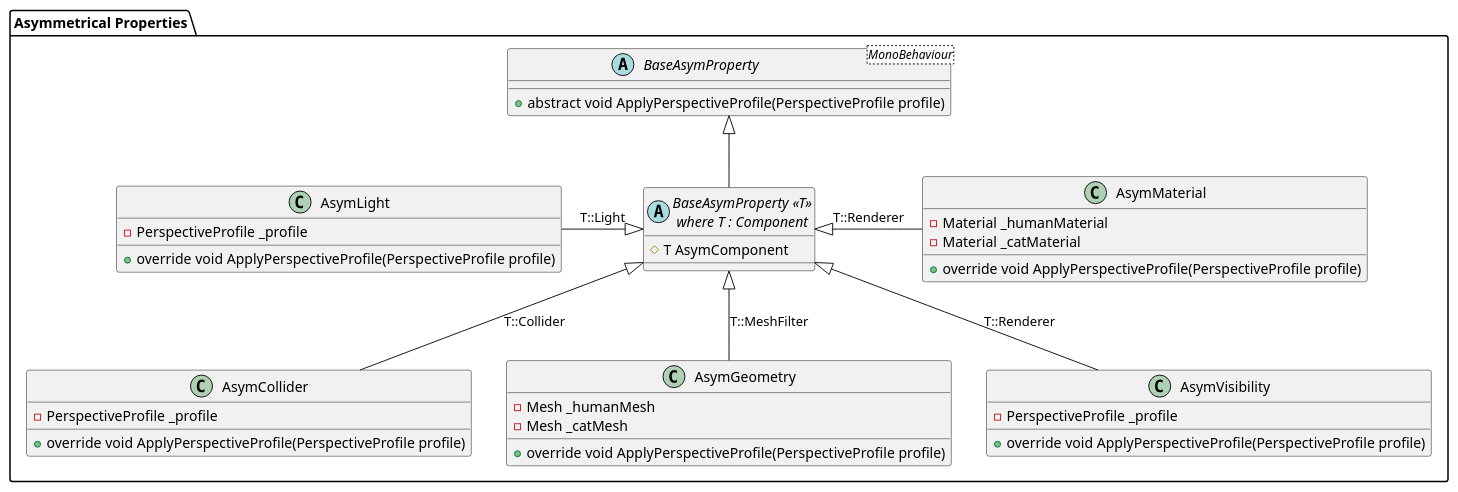
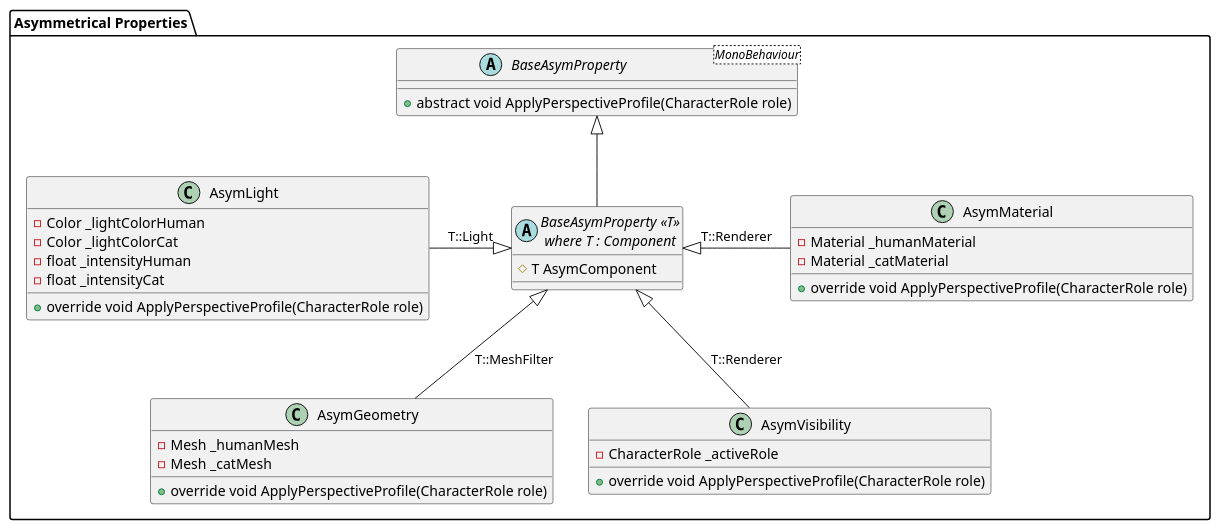
The diagram in Diagrams/Asymmetrical Perspective/AsymmetricalPropertyCD.puml (Bachelor-Parallax/Parallax), drawn with PlantUML before and after one commit. The commit also changed 2 other files, not shown here.

Commit message:
updated diagrams

```diff
--- a/Diagrams/Asymmetrical Perspective/AsymmetricalPropertyCD.puml
+++ b/Diagrams/Asymmetrical Perspective/AsymmetricalPropertyCD.puml
@@ -1,57 +1,54 @@
 @startuml asymmetrical property CD
 package "Asymmetrical Properties" {
+
     ' Base class for all asymmetrical properties
     abstract class "BaseAsymProperty<MonoBehaviour>" as base
     {
-        + abstract void ApplyPerspectiveProfile(PerspectiveProfile profile)
+        + abstract void ApplyPerspectiveProfile(CharacterRole role)
     }
 
     abstract class "BaseAsymProperty <<T>>\nwhere T : Component" as baseT
     {
         # T AsymComponent
     }
 
 
     ' concrete implementations of asymmetrical properties
-    class AsymCollider
-    {
-        - PerspectiveProfile _profile
-        + override void ApplyPerspectiveProfile(PerspectiveProfile profile)
-    }
-
     class AsymGeometry 
     {
         - Mesh _humanMesh
         - Mesh _catMesh
-        + override void ApplyPerspectiveProfile(PerspectiveProfile profile)
+        + override void ApplyPerspectiveProfile(CharacterRole role)
     }
 
     class AsymVisibility
     {
-        - PerspectiveProfile _profile
-        + override void ApplyPerspectiveProfile(PerspectiveProfile profile)
+        - CharacterRole _activeRole
+        + override void ApplyPerspectiveProfile(CharacterRole role)
     }
 
     class AsymMaterial
     {
         - Material _humanMaterial
         - Material _catMaterial
-        + override void ApplyPerspectiveProfile(PerspectiveProfile profile)
+        + override void ApplyPerspectiveProfile(CharacterRole role)
     }
 
     class AsymLight
     {
-        - PerspectiveProfile _profile
-        + override void ApplyPerspectiveProfile(PerspectiveProfile profile)
+        - Color _lightColorHuman
+        - Color _lightColorCat
+        - float _intensityHuman
+        - float _intensityCat
+        + override void ApplyPerspectiveProfile(CharacterRole role)
     }
 
     ' relationships
     base <|-- baseT
 
-    baseT <|-- AsymCollider: T::Collider
     baseT <|-- AsymGeometry: T::MeshFilter
     baseT <|- AsymMaterial: T::Renderer
     baseT <|-- AsymVisibility: T::Renderer
     AsymLight -|> baseT: T::Light
 }
 @enduml
```
